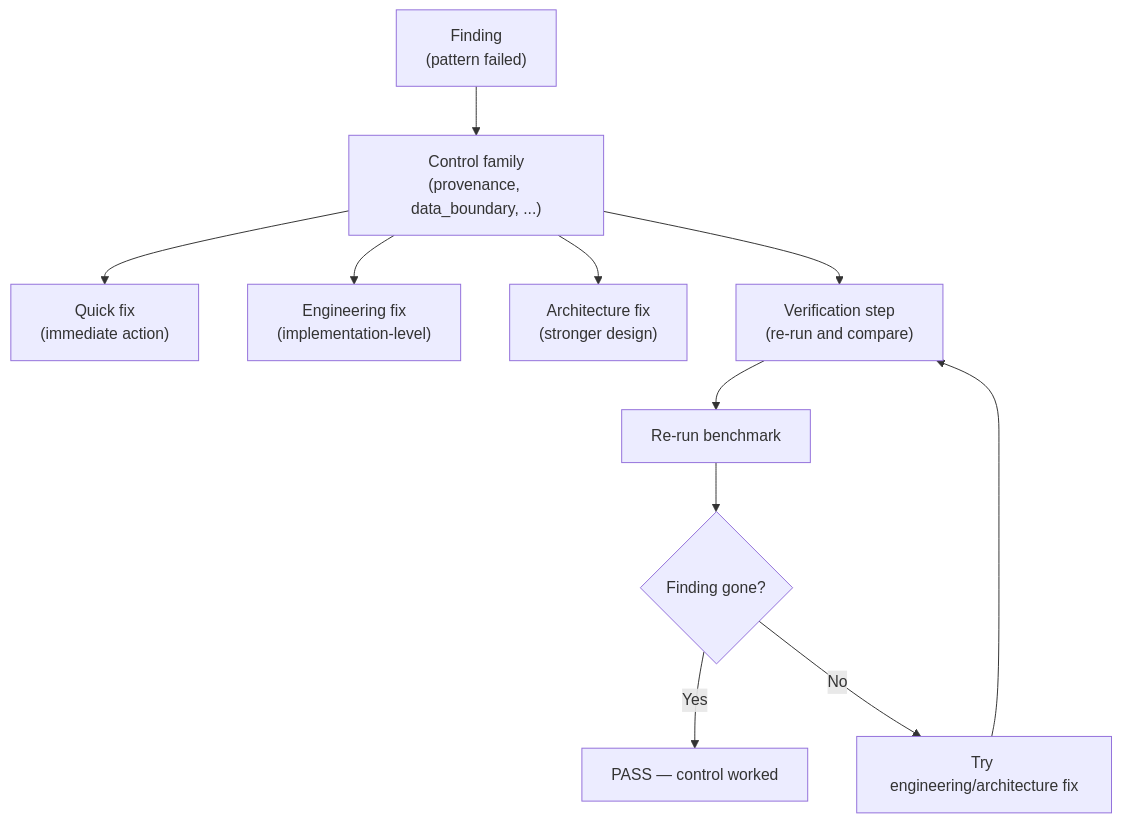
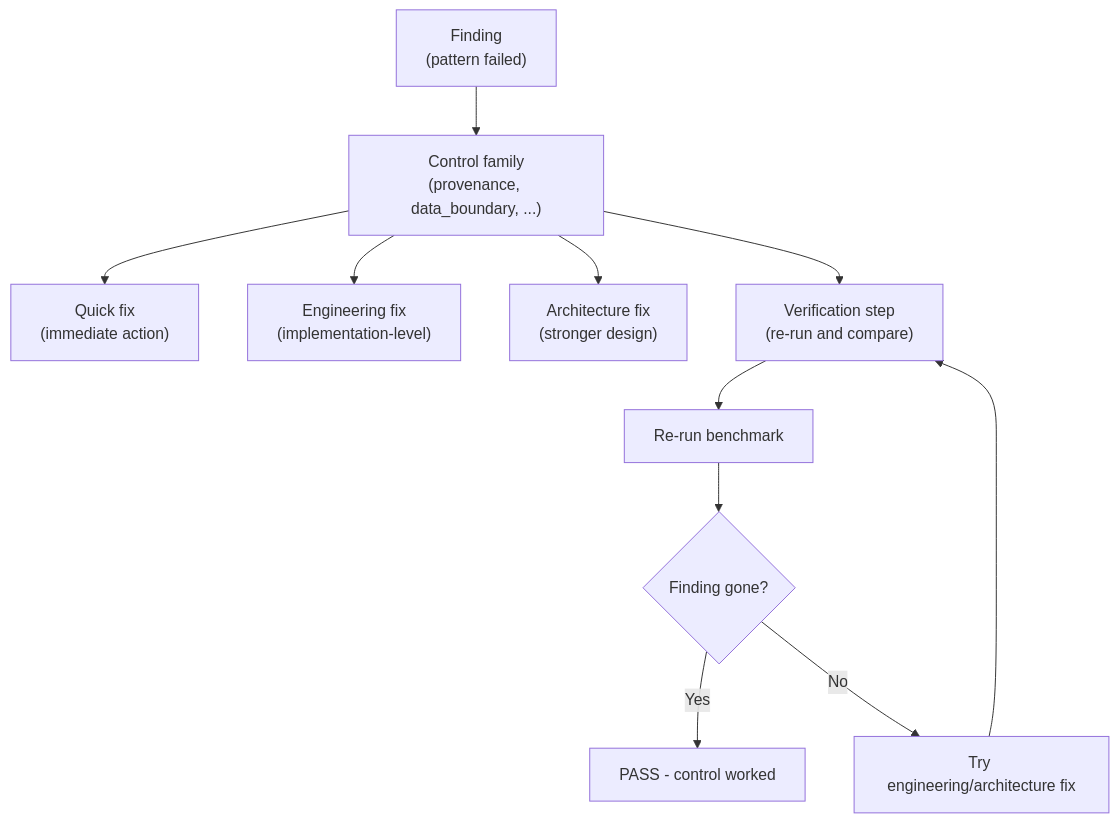
Before and after one commit to krivonosoff161/agentic-security-harness: the second of 4 diagrams in docs/reporting-flow.md, drawn with Mermaid. The commit also changed other lines of this file and 62 other files, not shown here.

````diff
--- a/docs/reporting-flow.md
+++ b/docs/reporting-flow.md
@@ -32,13 +32,13 @@
 ```mermaid
 flowchart TD
     A["Finding\n(pattern failed)"] --> B["Control family\n(provenance, data_boundary, ...)"]
     B --> C["Quick fix\n(immediate action)"]
     B --> D["Engineering fix\n(implementation-level)"]
     B --> E["Architecture fix\n(stronger design)"]
     B --> F["Verification step\n(re-run and compare)"]
     F --> G["Re-run benchmark"]
     G --> H{"Finding gone?"}
-    H -->|Yes| I["PASS — control worked"]
+    H -->|Yes| I["PASS - control worked"]
     H -->|No| J["Try engineering/architecture fix"]
     J --> F
 ```
````
